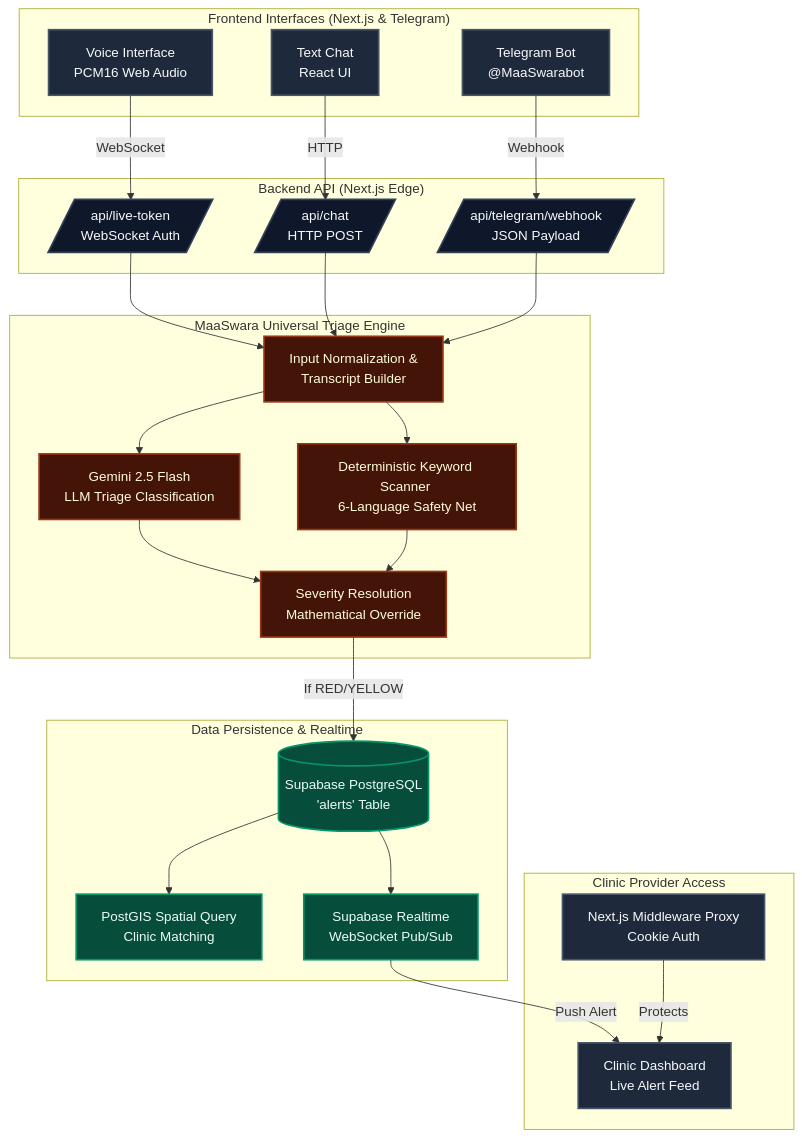
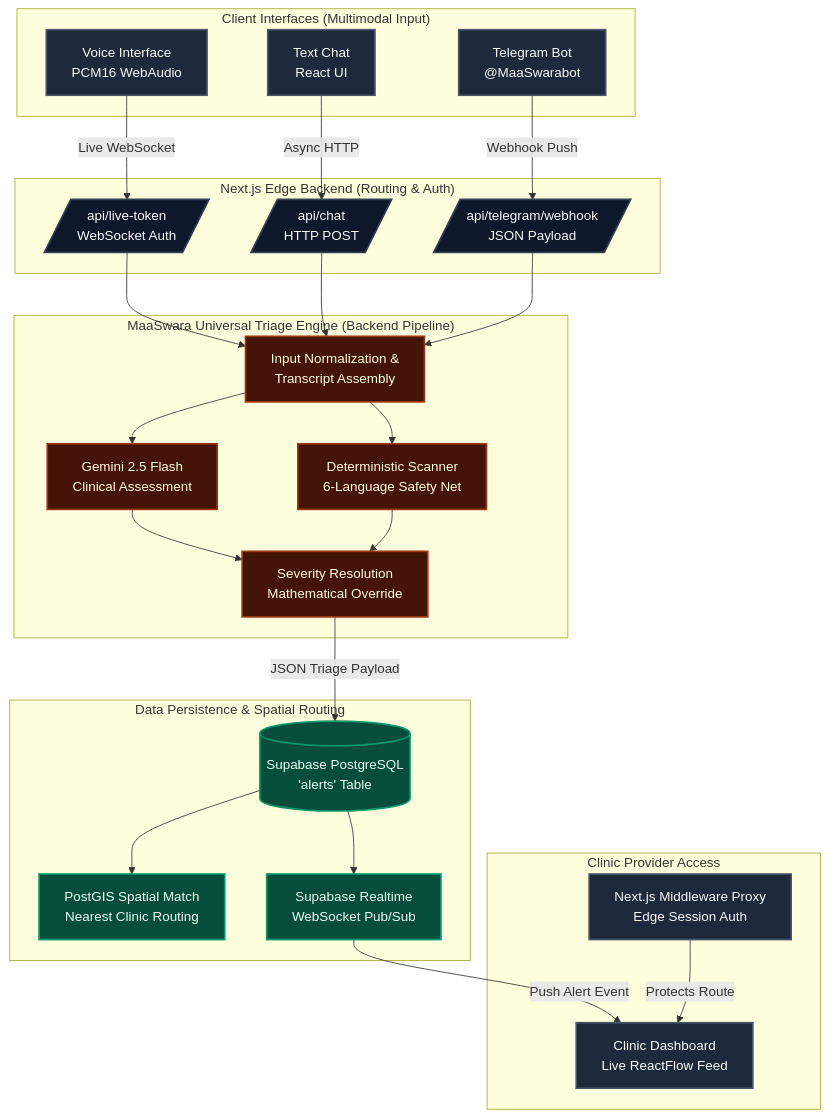
One commit to omshukla24/MaaSwara changed the diagram in README.md. Above: the diagram before and after it, drawn with Mermaid. The commit also changed other lines of this file, not shown here.

Commit message:
Massive README rewrite to match detailed RIFT structure

````diff
--- a/README.md
+++ b/README.md
@@ -33,60 +33,61 @@
 ```mermaid
 graph TD
     %% Styling
     classDef frontend fill:#1e293b,stroke:#475569,stroke-width:2px,color:#f8fafc
     classDef backend fill:#0f172a,stroke:#334155,stroke-width:2px,color:#f8fafc
     classDef ai fill:#431407,stroke:#9a3412,stroke-width:2px,color:#fffedd
     classDef db fill:#064e3b,stroke:#059669,stroke-width:2px,color:#ecfdf5
+    classDef external fill:#171717,stroke:#404040,stroke-width:2px,color:#e5e5e5
 
-    subgraph "Frontend Interfaces (Next.js & Telegram)"
-        A[Voice Interface <br/>PCM16 Web Audio]:::frontend
+    subgraph "Client Interfaces (Multimodal Input)"
+        A[Voice Interface <br/>PCM16 WebAudio]:::frontend
         B[Text Chat <br/>React UI]:::frontend
         C[Telegram Bot <br/>@MaaSwarabot]:::frontend
     end
 
-    subgraph "Backend API (Next.js Edge)"
+    subgraph "Next.js Edge Backend (Routing & Auth)"
         D[/api/live-token <br/>WebSocket Auth/]:::backend
         E[/api/chat <br/>HTTP POST/]:::backend
         F[/api/telegram/webhook <br/>JSON Payload/]:::backend
     end
 
-    A -->|WebSocket| D
-    B -->|HTTP| E
-    C -->|Webhook| F
+    A -->|Live WebSocket| D
+    B -->|Async HTTP| E
+    C -->|Webhook Push| F
 
-    subgraph "MaaSwara Universal Triage Engine"
-        G[Input Normalization & <br/>Transcript Builder]:::ai
+    subgraph "MaaSwara Universal Triage Engine (Backend Pipeline)"
+        G[Input Normalization & <br/>Transcript Assembly]:::ai
         
-        H[Gemini 2.5 Flash <br/>LLM Triage Classification]:::ai
-        I[Deterministic Keyword Scanner <br/>6-Language Safety Net]:::ai
+        H[Gemini 2.5 Flash <br/>Clinical Assessment]:::ai
+        I[Deterministic Scanner <br/>6-Language Safety Net]:::ai
         
         J[Severity Resolution <br/>Mathematical Override]:::ai
         
         G --> H
         G --> I
         H --> J
         I --> J
     end
 
     D --> G
     E --> G
     F --> G
 
-    subgraph "Data Persistence & Realtime"
+    subgraph "Data Persistence & Spatial Routing"
         K[(Supabase PostgreSQL <br/>'alerts' Table)]:::db
-        L[PostGIS Spatial Query <br/>Clinic Matching]:::db
+        L[PostGIS Spatial Match <br/>Nearest Clinic Routing]:::db
         M[Supabase Realtime <br/>WebSocket Pub/Sub]:::db
     end
 
-    J -->|If RED/YELLOW| K
+    J -->|JSON Triage Payload| K
     K --> L
     K --> M
 
     subgraph "Clinic Provider Access"
-        N[Next.js Middleware Proxy <br/>Cookie Auth]:::frontend
-        O[Clinic Dashboard <br/>Live Alert Feed]:::frontend
+        N[Next.js Middleware Proxy <br/>Edge Session Auth]:::frontend
+        O[Clinic Dashboard <br/>Live ReactFlow Feed]:::frontend
     end
 
-    M -->|Push Alert| O
-    N -->|Protects| O
+    M -->|Push Alert Event| O
+    N -->|Protects Route| O
 ```
````
